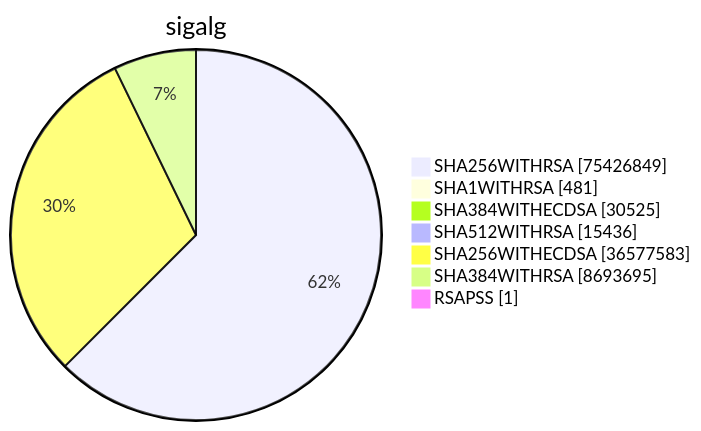
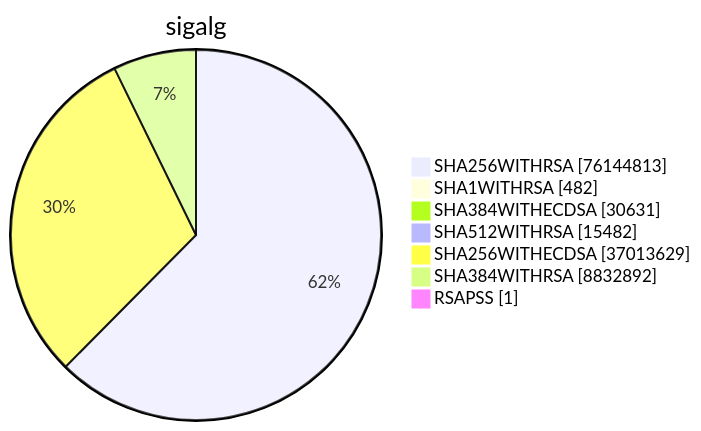
Diagram 15 of 15 in xenon2023/README.md (christiankrug/ctmonitor_visualization), drawn with Mermaid before and after one commit. The commit also changed other lines of this file, not shown here.

````diff
--- a/xenon2023/README.md
+++ b/xenon2023/README.md
@@ -4548,11 +4555,11 @@
 ```mermaid
 pie showData
 title sigalg
-"SHA256WITHRSA" :75426849
-"SHA1WITHRSA" :481
-"SHA384WITHECDSA" :30525
-"SHA512WITHRSA" :15436
-"SHA256WITHECDSA" :36577583
-"SHA384WITHRSA" :8693695
+"SHA256WITHRSA" :76144813
+"SHA1WITHRSA" :482
+"SHA384WITHECDSA" :30631
+"SHA512WITHRSA" :15482
+"SHA256WITHECDSA" :37013629
+"SHA384WITHRSA" :8832892
 "RSAPSS" :1
 ```
````
